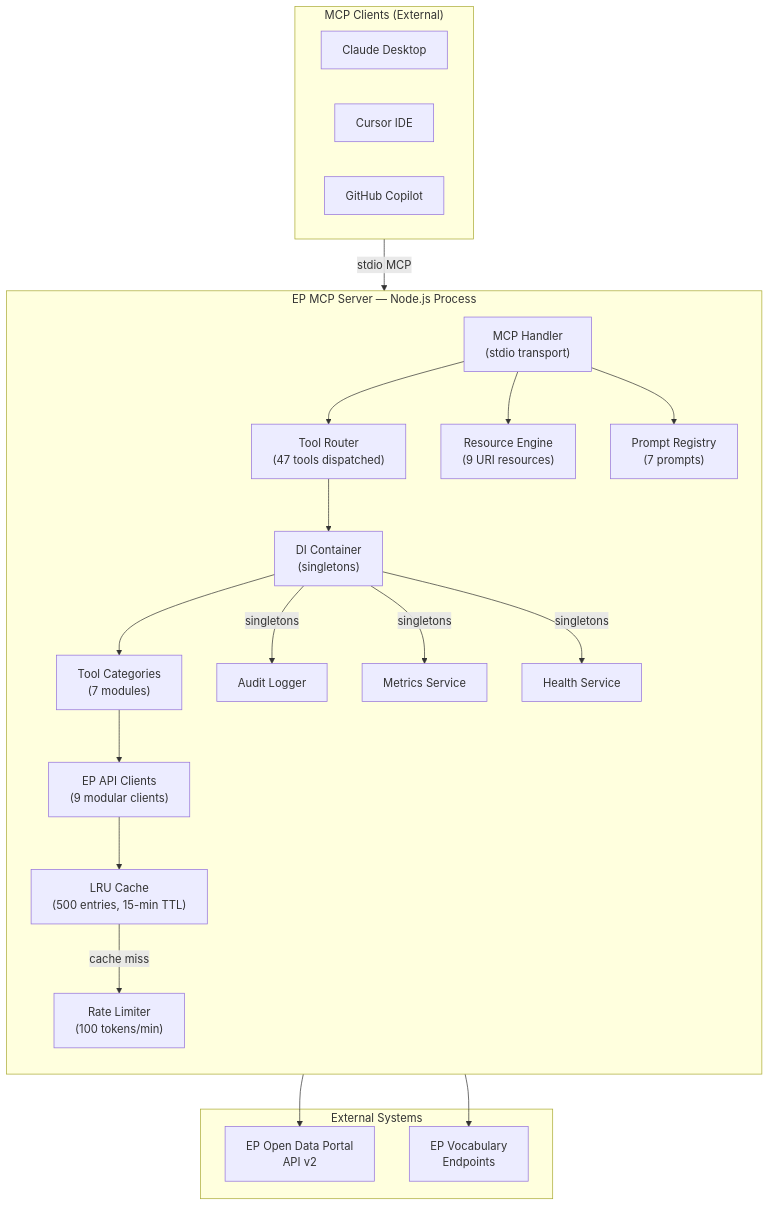
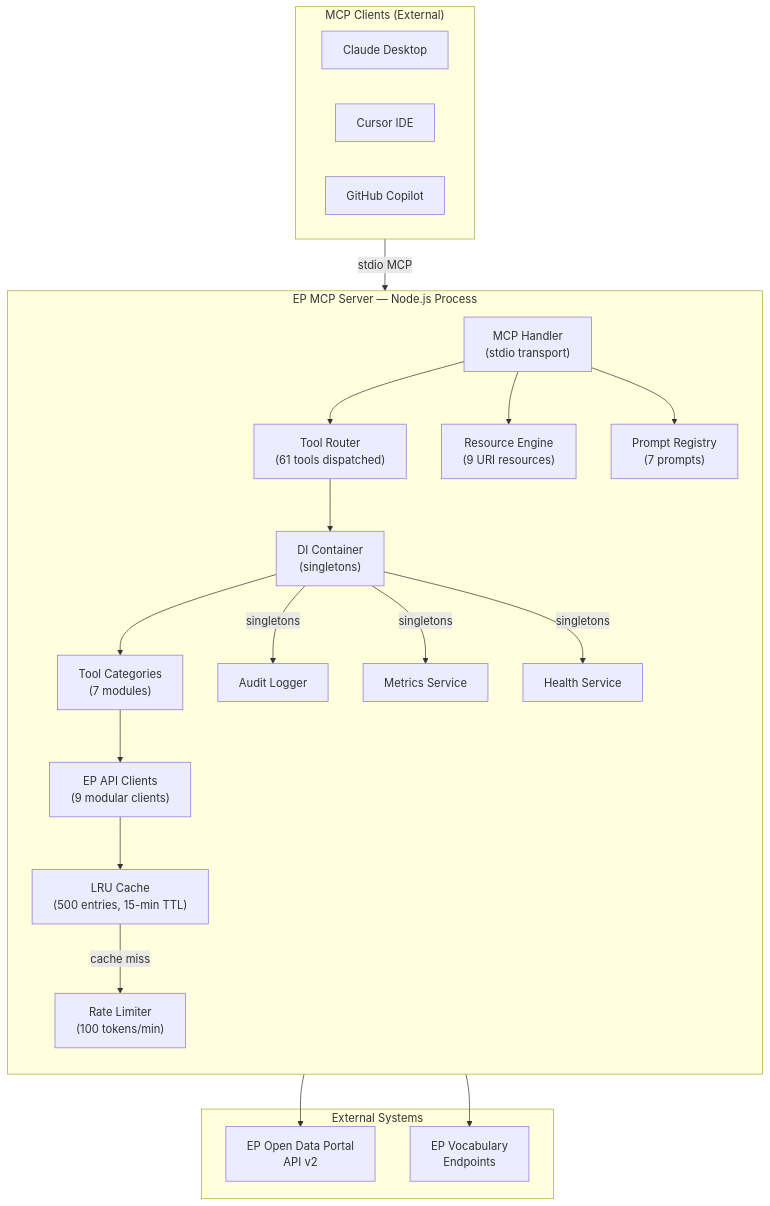
One commit to Hack23/European-Parliament-MCP-Server changed the second of 4 diagrams in docs/api-markdown/_media/ARCHITECTURE.md. Above: the diagram before and after it, drawn with Mermaid. The commit also changed other lines of this file and 1735 other files, not shown here.

````diff
--- a/docs/api-markdown/_media/ARCHITECTURE.md
+++ b/docs/api-markdown/_media/ARCHITECTURE.md
@@ -101,44 +103,44 @@
 ```mermaid
 flowchart TD
     subgraph MCPClients["MCP Clients (External)"]
         CC["Claude Desktop"]
         CU["Cursor IDE"]
         CO["GitHub Copilot"]
     end
 
     subgraph EPMCPServer["EP MCP Server — Node.js Process"]
         direction TB
         MH["MCP Handler\n(stdio transport)"]
-        TR["Tool Router\n(47 tools dispatched)"]
+        TR["Tool Router\n(61 tools dispatched)"]
         RE["Resource Engine\n(9 URI resources)"]
         PR["Prompt Registry\n(7 prompts)"]
         DI["DI Container\n(singletons)"]
         TC["Tool Categories\n(7 modules)"]
         EC["EP API Clients\n(9 modular clients)"]
         CA["LRU Cache\n(500 entries, 15-min TTL)"]
         RL["Rate Limiter\n(100 tokens/min)"]
         AL["Audit Logger"]
         MS["Metrics Service"]
         HS["Health Service"]
     end
 
     subgraph ExternalSystems["External Systems"]
         EPA["EP Open Data Portal\nAPI v2"]
         EV["EP Vocabulary\nEndpoints"]
     end
 
     MCPClients -->|"stdio MCP"| MH
     MH --> TR
     MH --> RE
     MH --> PR
     TR --> DI
     DI --> TC
     TC --> EC
     EC --> CA
     CA -->|"cache miss"| RL
     RL --> EPA
     EC --> EV
     DI -->|"singletons"| AL
     DI -->|"singletons"| MS
     DI -->|"singletons"| HS
 ```
````
